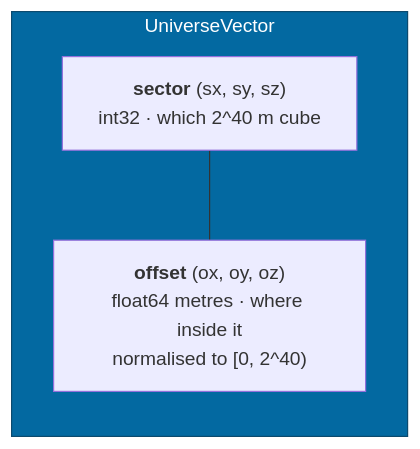
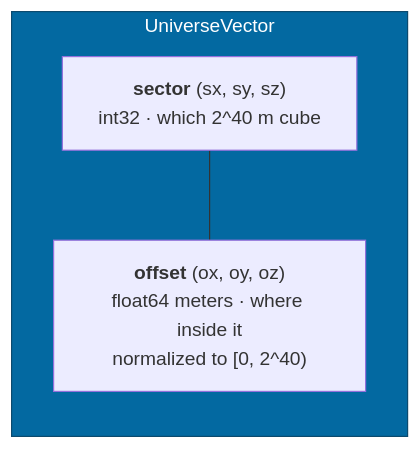
One commit to jonjaques/inertialref changed the second of 4 diagrams in docs/concepts/coordinates.md. Above: the diagram before and after it, drawn with Mermaid. The commit also changed other lines of this file and 83 other files, not shown here.

````diff
--- a/docs/concepts/coordinates.md
+++ b/docs/concepts/coordinates.md
@@ -55,10 +55,10 @@
 ```mermaid
 flowchart LR
     subgraph UV["UniverseVector"]
         direction TB
         SEC["<b>sector</b> (sx, sy, sz)<br/>int32 · which 2^40 m cube"]
-        OFF["<b>offset</b> (ox, oy, oz)<br/>float64 metres · where inside it<br/>normalised to [0, 2^40)"]
+        OFF["<b>offset</b> (ox, oy, oz)<br/>float64 meters · where inside it<br/>normalized to [0, 2^40)"]
     end
     SEC --- OFF
     style UV fill:#0369a1,stroke:#0c4a6e,color:#fff
 ```
````
